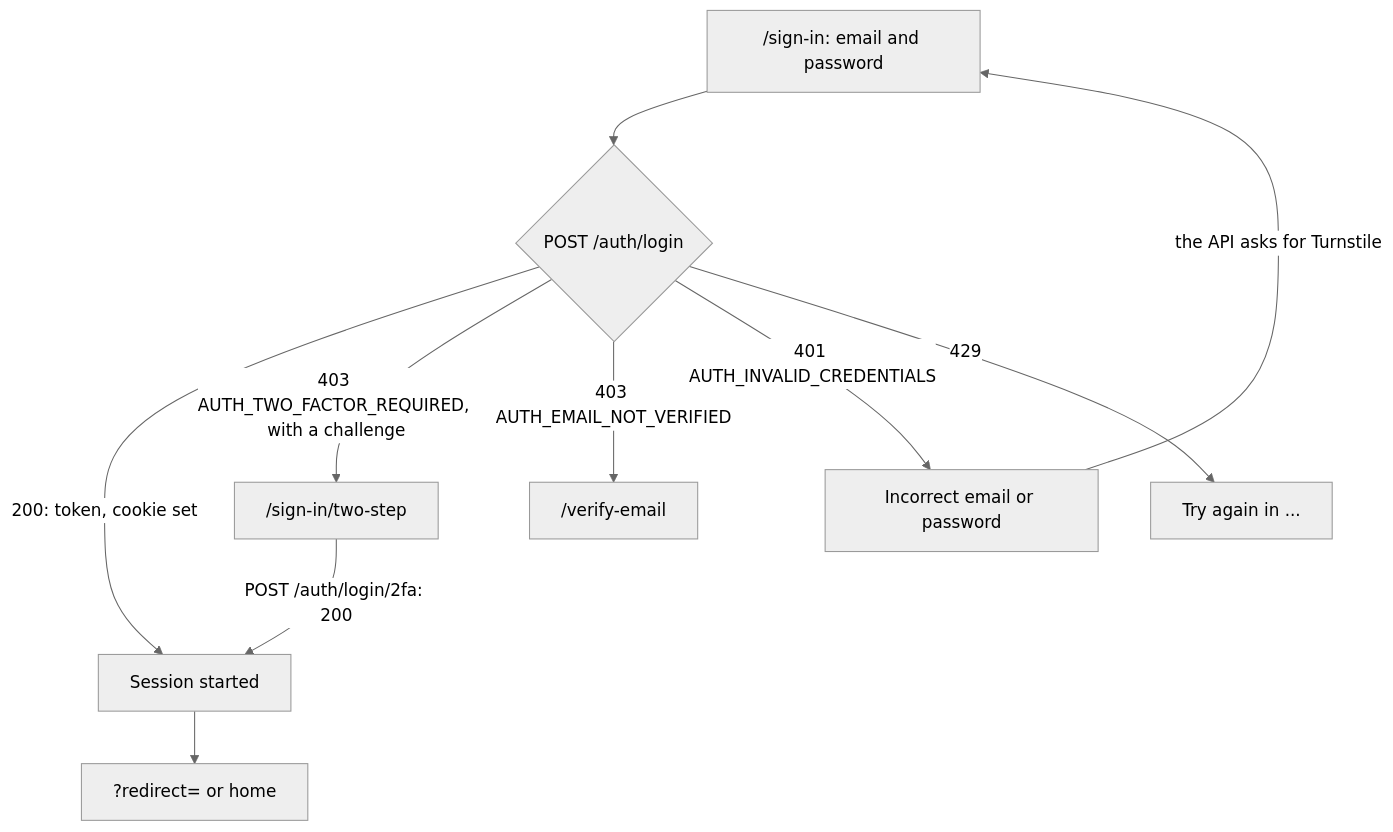
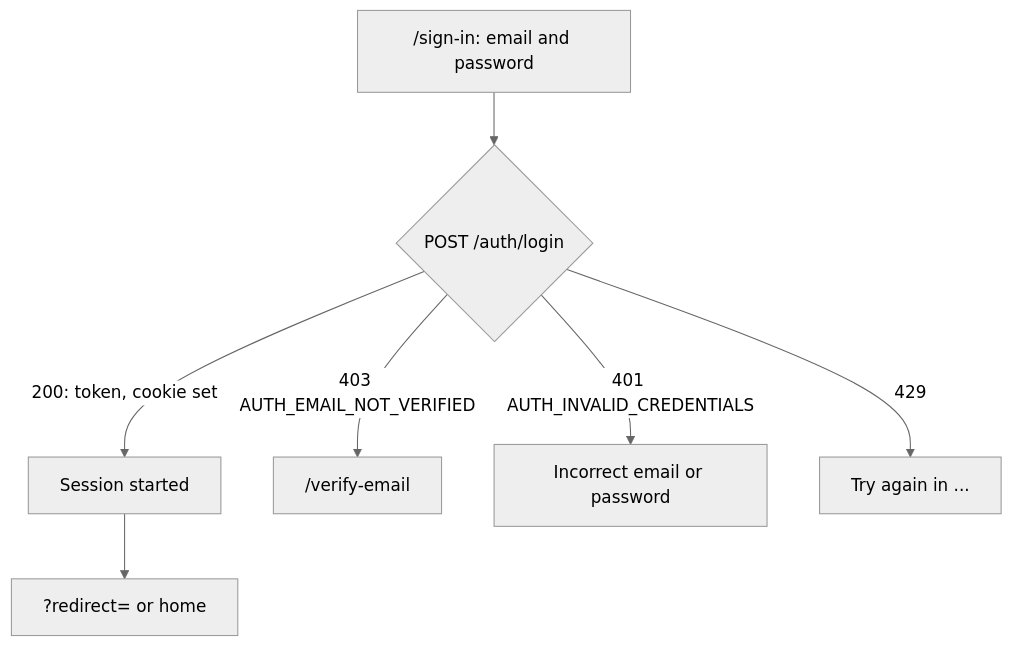
One commit to StoriuSs/NezFocus-Frontend changed the second of 4 diagrams in docs/auth/pages-and-flows.md. Above: the diagram before and after it, drawn with Mermaid (neutral theme). The commit also changed other lines of this file and 81 other files, not shown here.

First line of the commit message:
refactor(auth): remove two-step sign-in, Turnstile and the form demo

````diff
--- a/docs/auth/pages-and-flows.md
+++ b/docs/auth/pages-and-flows.md
@@ -206,12 +196,9 @@
 ```mermaid
 flowchart TD
     F["/sign-in: email and password"] --> L{"POST /auth/login"}
     L -->|"200: token, cookie set"| S["Session started"]
-    L -->|"403 AUTH_TWO_FACTOR_REQUIRED, with a challenge"| T["/sign-in/two-step"]
     L -->|"403 AUTH_EMAIL_NOT_VERIFIED"| V["/verify-email"]
     L -->|"401 AUTH_INVALID_CREDENTIALS"| E["Incorrect email or password"]
     L -->|"429"| W["Try again in ..."]
-    E -->|"the API asks for Turnstile"| F
-    T -->|"POST /auth/login/2fa: 200"| S
     S --> R["?redirect= or home"]
 ```
````
